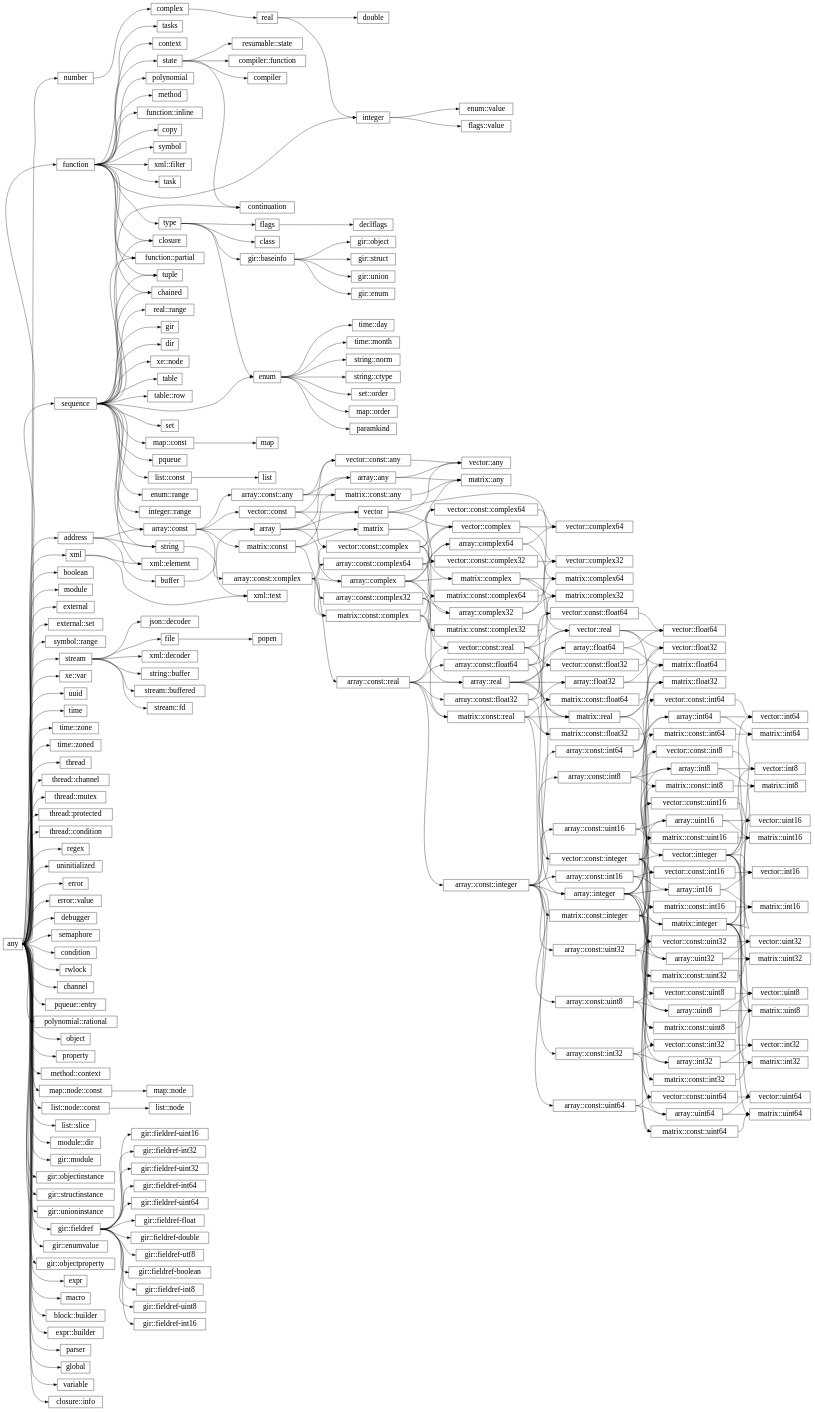
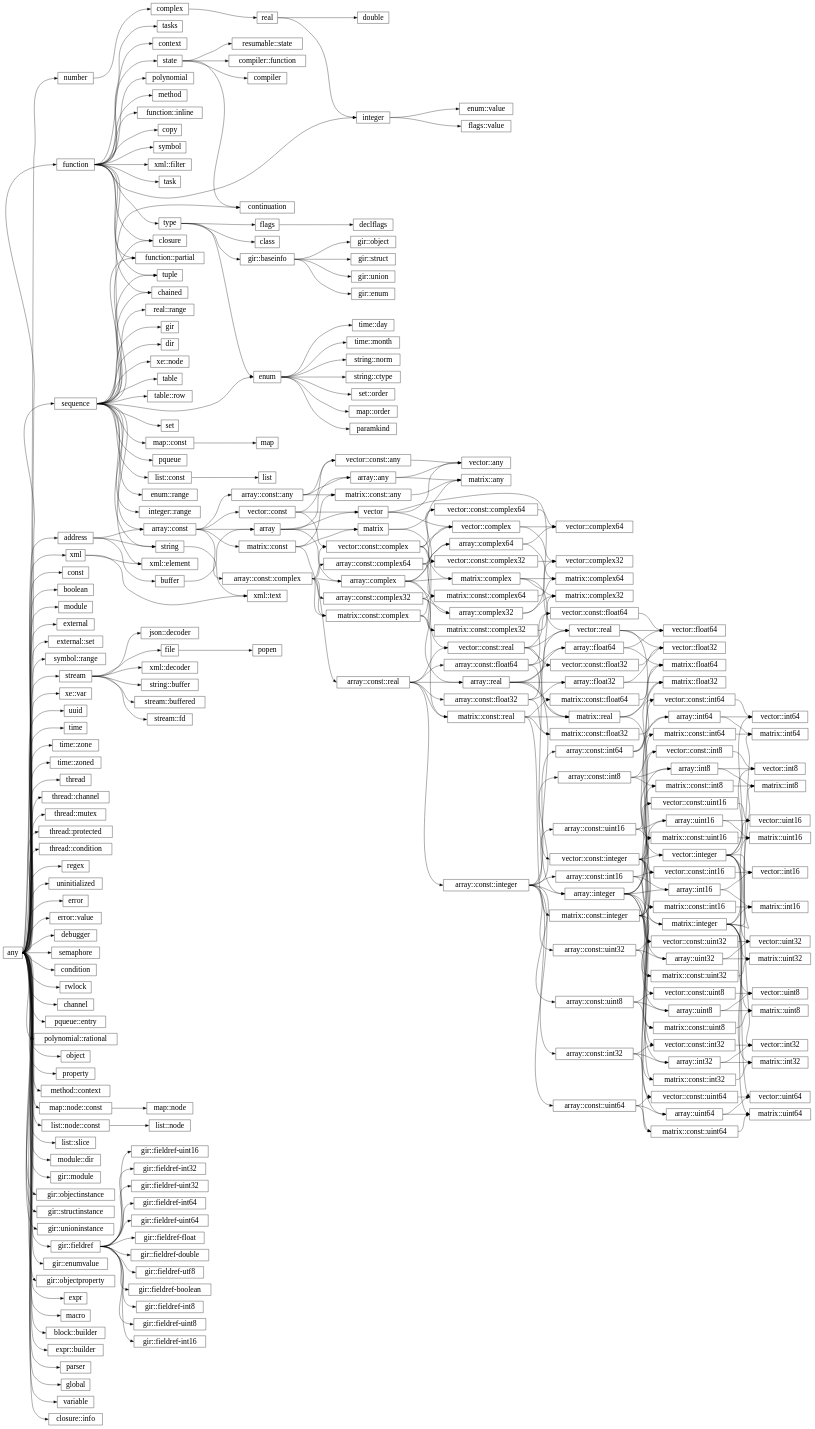
One commit to wrapl/minilang changed the diagram in docs/library/hierarchy.rst. Above: the diagram before and after it, drawn with Graphviz. The commit also changed 9 other files, not shown here.

```diff
--- a/docs/library/hierarchy.rst
+++ b/docs/library/hierarchy.rst
@@ -15,6 +15,7 @@
       "any":e -> "sequence":w;
       "any":e -> "function":w;
       "function":e -> "type":w;
+      "any":e -> "const":w;
       "function":e -> "copy":w;
       "function":e -> "function::partial":w;
       "sequence":e -> "function::partial":w;
```
